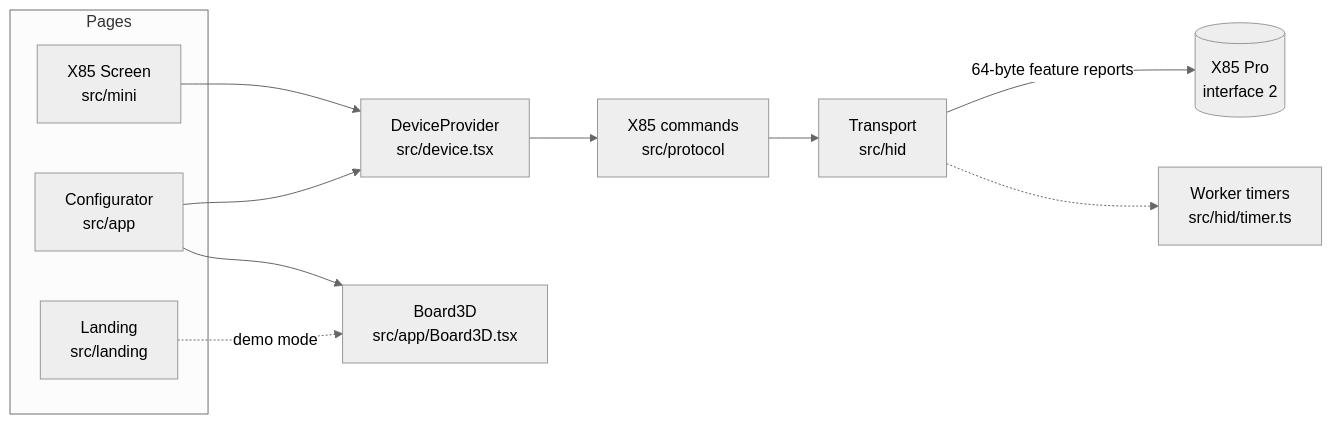
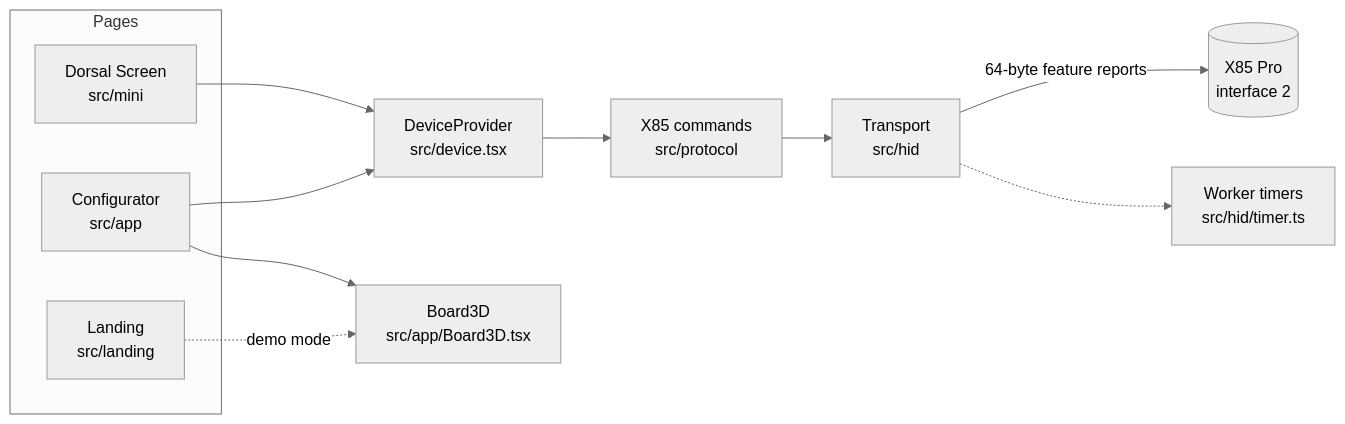
The diagram in docs/architecture.md (rouri404/dorsal), drawn with Mermaid (neutral theme) before and after one commit. The commit also changed other lines of this file and 16 other files, not shown here.

Commit message:
refactor: rename the AppImages and the mini app to Dorsal

````diff
--- a/docs/architecture.md
+++ b/docs/architecture.md
@@ -8,16 +8,16 @@
 ```mermaid
 flowchart LR
     subgraph UI["Pages"]
         L["Landing<br/>src/landing"]
         C["Configurator<br/>src/app"]
-        M["X85 Screen<br/>src/mini"]
+        M["Dorsal Screen<br/>src/mini"]
     end
     C --> D["DeviceProvider<br/>src/device.tsx"]
     M --> D
     D --> P["X85 commands<br/>src/protocol"]
     P --> T["Transport<br/>src/hid"]
     T -->|"64-byte feature reports"| K[("X85 Pro<br/>interface 2")]
     T -.-> W["Worker timers<br/>src/hid/timer.ts"]
     L -.->|"demo mode"| B["Board3D<br/>src/app/Board3D.tsx"]
     C --> B
 ```
````
